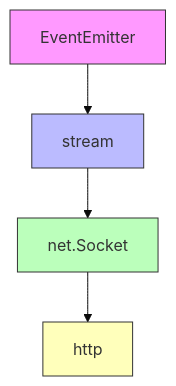
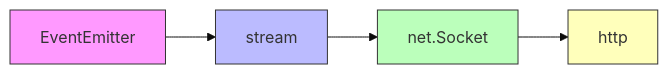
Before and after one commit to samuel871211/yusheng-tech-blog: the first of 2 diagrams in docs/nodejs/events.md, drawn with Mermaid (base theme). The commit also changed other lines of this file, not shown here.

Commit message:
events.md: 移除會讓 ithome cloudflare 403 的程式碼範例

````diff
--- a/docs/nodejs/events.md
+++ b/docs/nodejs/events.md
@@ -80,11 +79,11 @@
 ```mermaid
-flowchart TD
+flowchart LR
     A[EventEmitter] --> B[stream]
     B --> C[net.Socket]
     C --> D[http]
 
     style A fill:#f9f,stroke:#333
     style B fill:#bbf,stroke:#333
     style C fill:#bfb,stroke:#333
     style D fill:#ffb,stroke:#333
 ```
````
